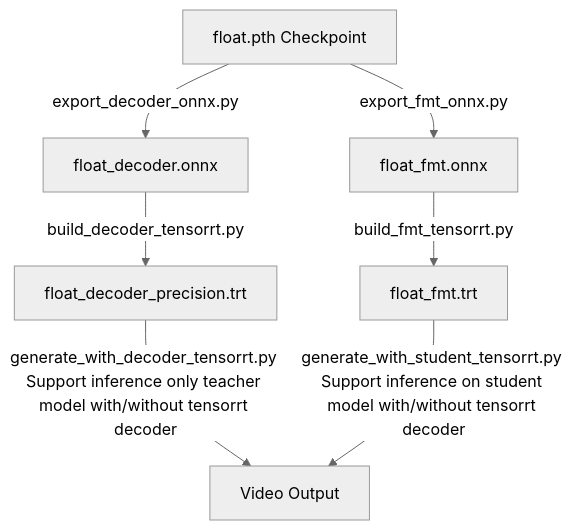
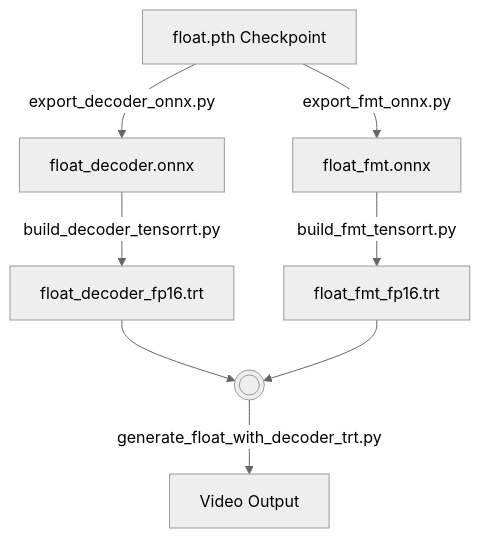
Before and after one commit to XezXey/float: the diagram in accelerate_dev/docs.md, drawn with Mermaid (neutral theme). The commit also changed other lines of this file and 3 other files, not shown here.

````diff
--- a/accelerate_dev/docs.md
+++ b/accelerate_dev/docs.md
@@ -37,9 +37,10 @@
 ```mermaid
 graph TD
     A[float.pth Checkpoint] -->|export_decoder_onnx.py| B[float_decoder.onnx]
     A -->|export_fmt_onnx.py| C[float_fmt.onnx]
-    B -->|build_decoder_tensorrt.py| D[float_decoder_precision.trt]
-    C -->|build_fmt_tensorrt.py| E[float_fmt.trt]
-    D -->|generate_with_decoder_tensorrt.py Support inference only teacher model with/without tensorrt decoder | F[Video Output]
-    E -->|generate_with_student_tensorrt.py Support inference on student model with/without tensorrt decoder | F
+    B -->|build_decoder_tensorrt.py| D[float_decoder_fp16.trt]
+    C -->|build_fmt_tensorrt.py| E[float_fmt_fp16.trt]
+    D --> M((( )))
+    E --> M
+    M -->|generate_float_with_decoder_trt.py| F[Video Output]
 ```
````
